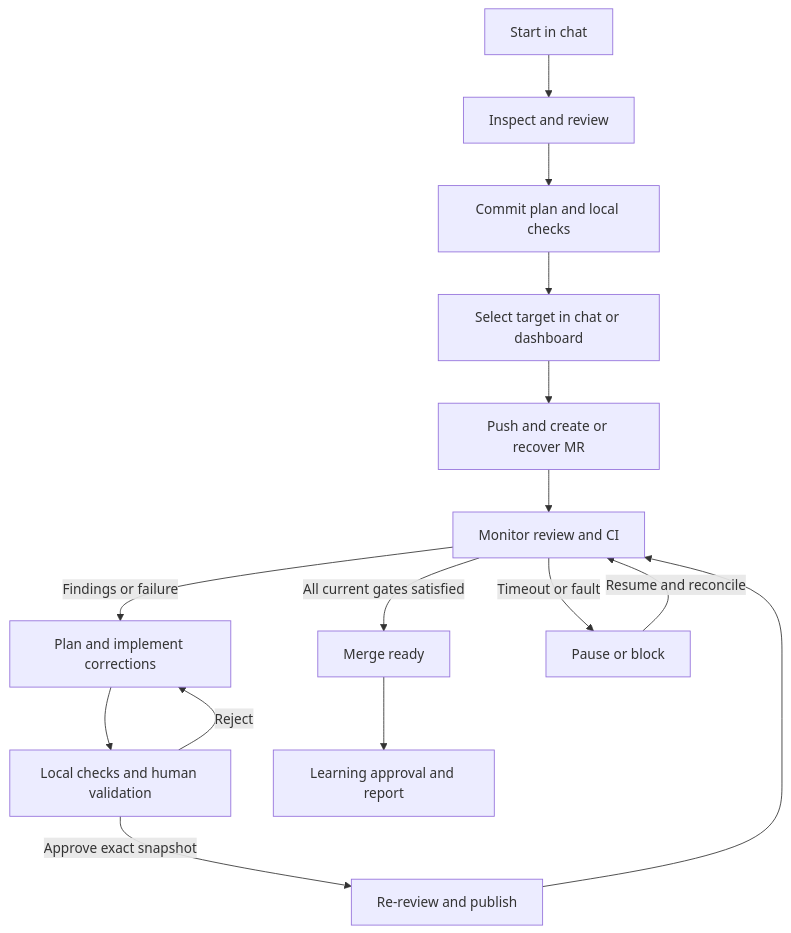
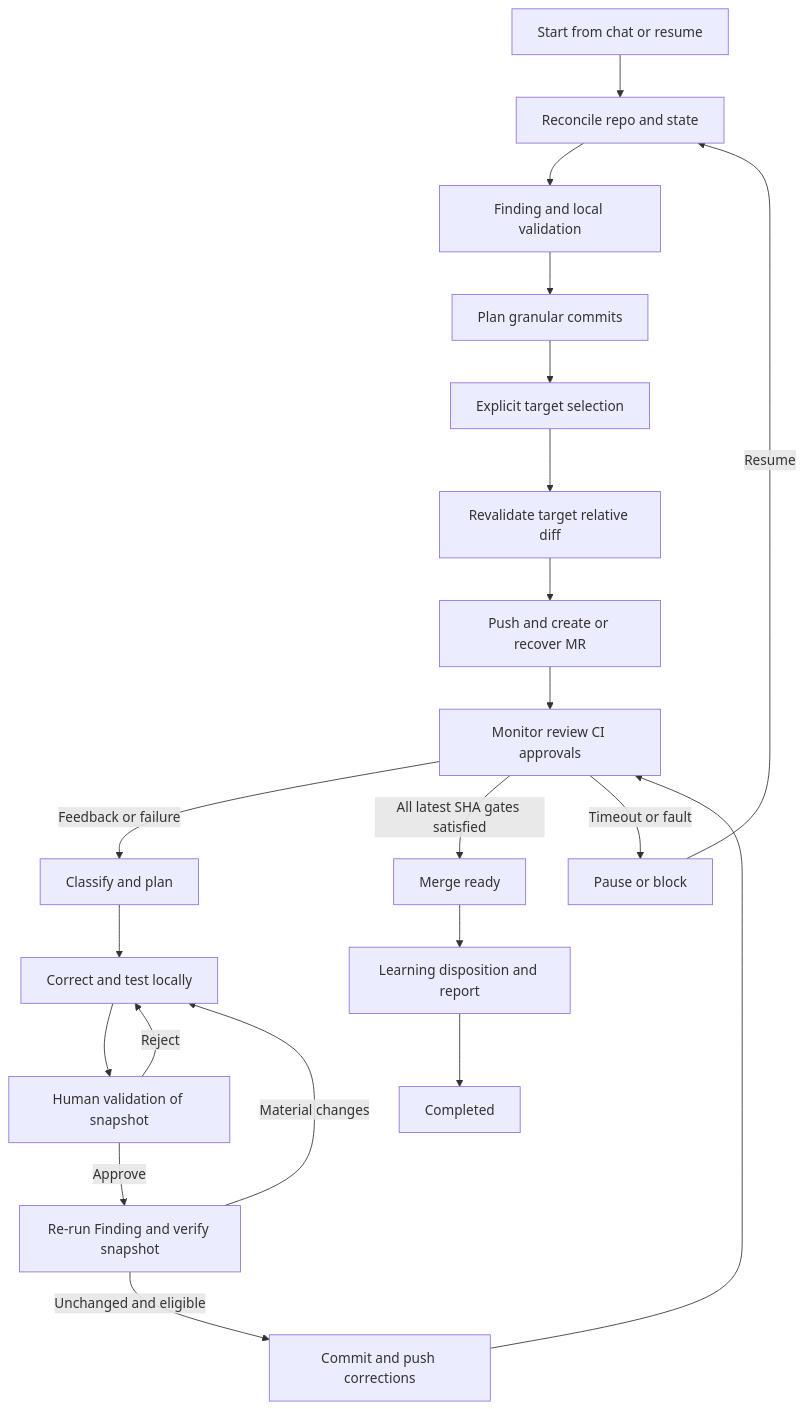
Before and after one commit to JoaoVictorNascimento/delivery-orchestrator: the diagram in docs/design/INTERACTION_FLOWS.md, drawn with Mermaid. The commit also changed other lines of this file, not shown here.

Commit message:
docs(design): expand interaction flows
Describe the delivery loop, the shared human-action protocol, and the unified synthetic demo journey.

````diff
--- a/docs/design/INTERACTION_FLOWS.md
+++ b/docs/design/INTERACTION_FLOWS.md
@@ -3,17 +5,23 @@
 ```mermaid
 flowchart TD
- A[Start in chat] --> B[Inspect and review]
- B --> C[Commit plan and local checks]
- C --> D[Select target in chat or dashboard]
- D --> E[Push and create or recover MR]
- E --> F[Monitor review and CI]
- F -->|Findings or failure| G[Plan and implement corrections]
- G --> H[Local checks and human validation]
- H -->|Reject| G
- H -->|Approve exact snapshot| I[Re-review and publish]
- I --> F
- F -->|All current gates satisfied| J[Merge ready]
- J --> K[Learning approval and report]
- F -->|Timeout or fault| L[Pause or block]
- L -->|Resume and reconcile| F
+ A[Start from chat or resume] --> B[Reconcile repo and state]
+ B --> C[Finding and local validation]
+ C --> D[Plan granular commits]
+ D --> E[Explicit target selection]
+ E --> F[Revalidate target relative diff]
+ F --> G[Push and create or recover MR]
+ G --> H[Monitor review CI approvals]
+ H -->|Feedback or failure| I[Classify and plan]
+ I --> J[Correct and test locally]
+ J --> K[Human validation of snapshot]
+ K -->|Reject| J
+ K -->|Approve| L[Re-run Finding and verify snapshot]
+ L -->|Material changes| J
+ L -->|Unchanged and eligible| M[Commit and push corrections]
+ M --> H
+ H -->|All latest SHA gates satisfied| N[Merge ready]
+ N --> O[Learning disposition and report]
+ O --> P[Completed]
+ H -->|Timeout or fault| Q[Pause or block]
+ Q -->|Resume| B
 ```
````
